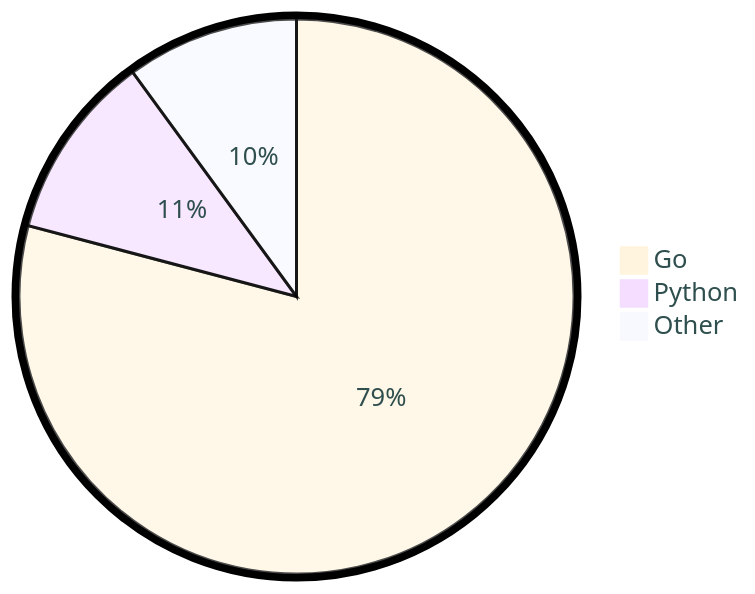
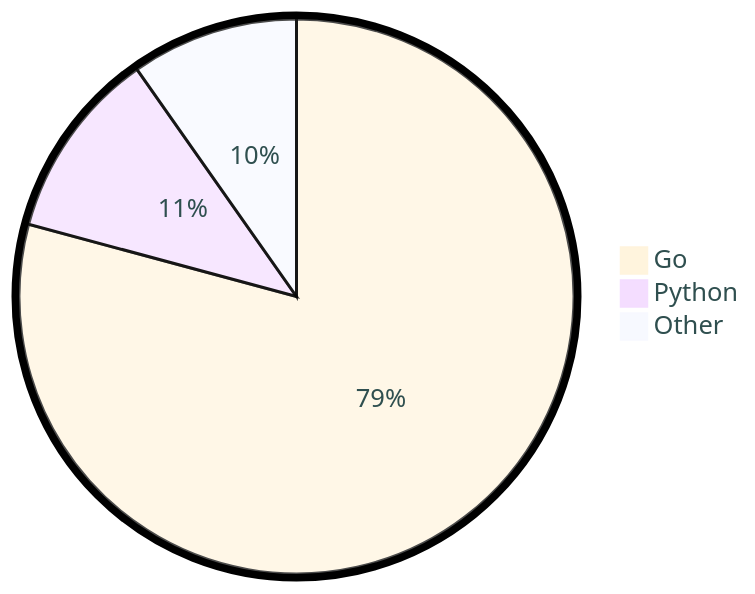
The diagram in README.md (tot0p/tot0p), drawn with Mermaid before and after one commit. The commit also changed other lines of this file, not shown here.

````diff
--- a/README.md
+++ b/README.md
@@ -78,7 +78,7 @@
 ```mermaid
 %%{init: {"pie": {"textPosition": 0.5}, "themeVariables": {"pieOuterStrokeWidth": "5px","primaryTextColor" : "#2F4F4F"},"theme":"base"} }%%
 pie
-	"Go": 79.11
-	"Python": 10.85
-	"Other": 10.039999999999997
+	"Go": 79.2
+	"Python": 11.06
+	"Other": 9.75
 ```
````
